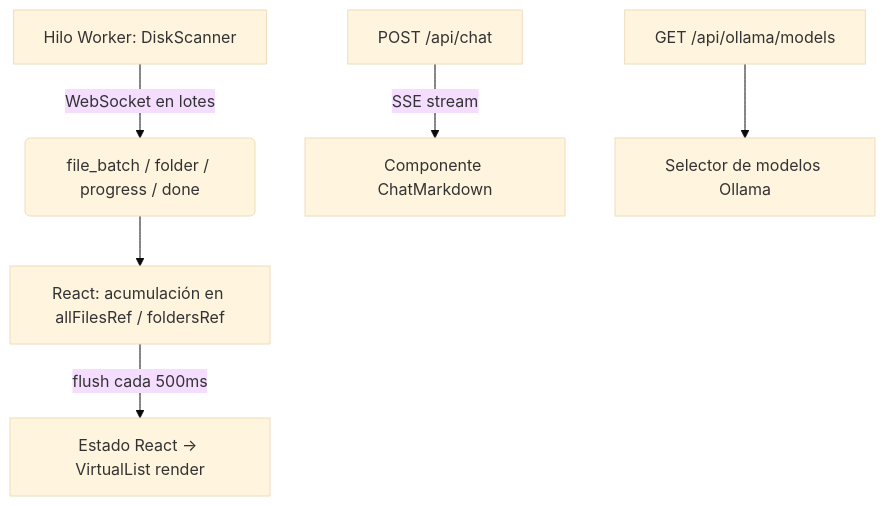
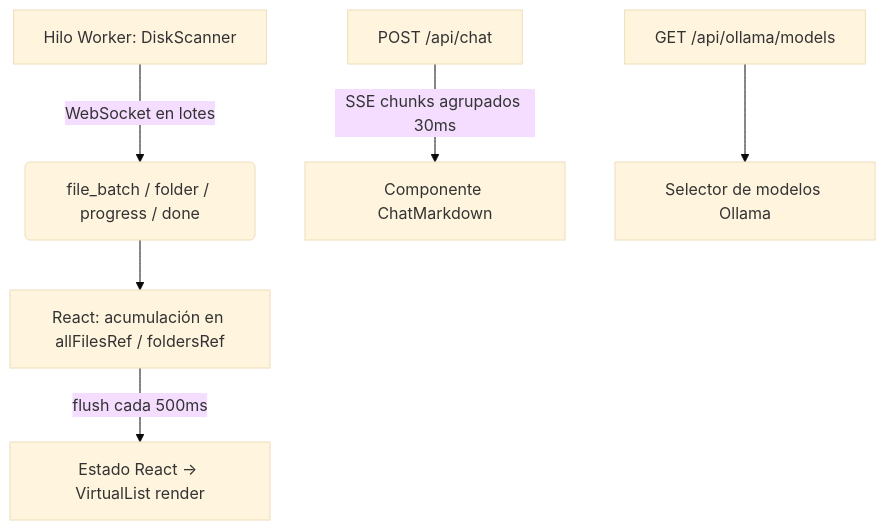
Before and after one commit to Lizzen/disk_analyzer: the second of 2 diagrams in README.md, drawn with Mermaid (base theme). The commit also changed other lines of this file and 6 other files, not shown here.

````diff
--- a/README.md
+++ b/README.md
@@ -453,8 +489,8 @@
 ```mermaid
 graph TD
     A[Hilo Worker: DiskScanner] -->|WebSocket en lotes| B(file_batch / folder / progress / done)
     B --> C[React: acumulación en allFilesRef / foldersRef]
     C -->|flush cada 500ms| D[Estado React → VirtualList render]
-    E[POST /api/chat] -->|SSE stream| F[Componente ChatMarkdown]
+    E[POST /api/chat] -->|SSE chunks agrupados 30ms| F[Componente ChatMarkdown]
     G[GET /api/ollama/models] --> H[Selector de modelos Ollama]
 ```
````
